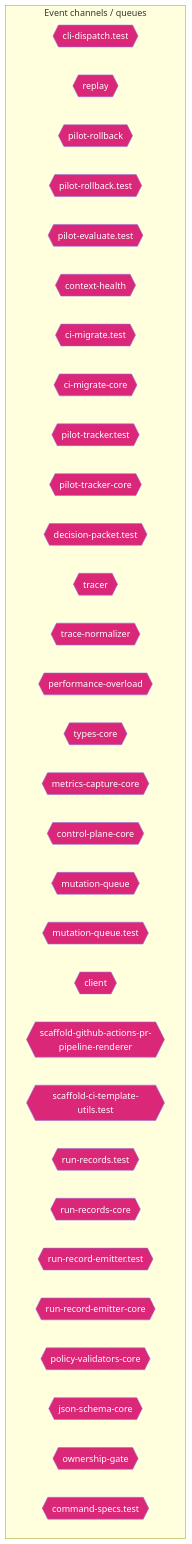
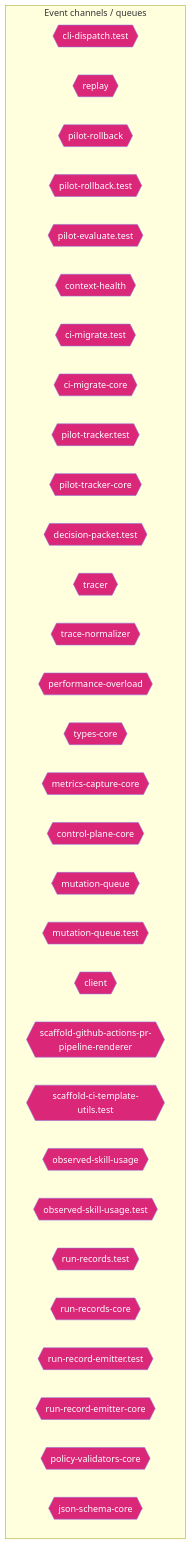
Before and after one commit to jscraik/coding-harness: the ninth of 14 diagrams in AI/context/diagram-context.md, drawn with Mermaid. The commit also changed other lines of this file and 131 other files, not shown here.

First line of the commit message:
docs(harness): track control-plane and JSC-289 plan (#231)

````diff
--- a/AI/context/diagram-context.md
+++ b/AI/context/diagram-context.md
@@ -1529,38 +1550,38 @@
 ```mermaid
 flowchart TD
   subgraph Channels["Event channels / queues"]
     cli_dispatch_test_54c9f17b{{"cli-dispatch.test"}}
     replay_ac203c98{{"replay"}}
     pilot_rollback_00c1f82c{{"pilot-rollback"}}
     pilot_rollback_test_e61d5a2b{{"pilot-rollback.test"}}
     pilot_evaluate_test_a2ac06fc{{"pilot-evaluate.test"}}
     context_health_80bb7da9{{"context-health"}}
     ci_migrate_test_2a015bb9{{"ci-migrate.test"}}
     ci_migrate_core_7005b5af{{"ci-migrate-core"}}
     pilot_tracker_test_80398a66{{"pilot-tracker.test"}}
     pilot_tracker_core_80d8ac96{{"pilot-tracker-core"}}
     decision_packet_test_9ea0e97b{{"decision-packet.test"}}
     tracer_1e6243a2{{"tracer"}}
     trace_normalizer_cb1be1d2{{"trace-normalizer"}}
     performance_overload_c685bfcf{{"performance-overload"}}
     types_core_e405ddca{{"types-core"}}
     metrics_capture_core_db4bf7cf{{"metrics-capture-core"}}
     control_plane_core_db3b4cb2{{"control-plane-core"}}
     mutation_queue_ce5a530e{{"mutation-queue"}}
     mutation_queue_test_10b599e8{{"mutation-queue.test"}}
     client_1_914e1681{{"client"}}
     scaffold_github_actions_pr_pipeline_renderer_1ee18de5{{"scaffold-github-actions-pr-pipeline-renderer"}}
     scaffold_ci_template_utils_test_b94825d9{{"scaffold-ci-template-utils.test"}}
+    observed_skill_usage_ed7d5930{{"observed-skill-usage"}}
+    observed_skill_usage_test_311c215a{{"observed-skill-usage.test"}}
     run_records_test_3ee6a0e3{{"run-records.test"}}
     run_records_core_89286dfa{{"run-records-core"}}
     run_record_emitter_test_5475c0da{{"run-record-emitter.test"}}
     run_record_emitter_core_688049d5{{"run-record-emitter-core"}}
     policy_validators_core_714a3fe7{{"policy-validators-core"}}
     json_schema_core_96d7e328{{"json-schema-core"}}
-    ownership_gate_2e194d13{{"ownership-gate"}}
-    command_specs_test_7f693e85{{"command-specs.test"}}
   end
   classDef eventNode fill:#db2777,color:#fff
-  class cli_dispatch_test_54c9f17b,replay_ac203c98,pilot_rollback_00c1f82c,pilot_rollback_test_e61d5a2b,pilot_evaluate_test_a2ac06fc,context_health_80bb7da9,ci_migrate_test_2a015bb9,ci_migrate_core_7005b5af,pilot_tracker_test_80398a66,pilot_tracker_core_80d8ac96,decision_packet_test_9ea0e97b,tracer_1e6243a2,trace_normalizer_cb1be1d2,performance_overload_c685bfcf,types_core_e405ddca,metrics_capture_core_db4bf7cf,control_plane_core_db3b4cb2,mutation_queue_ce5a530e,mutation_queue_test_10b599e8,client_1_914e1681,scaffold_github_actions_pr_pipeline_renderer_1ee18de5,scaffold_ci_template_utils_test_b94825d9,run_records_test_3ee6a0e3,run_records_core_89286dfa,run_record_emitter_test_5475c0da,run_record_emitter_core_688049d5,policy_validators_core_714a3fe7,json_schema_core_96d7e328,ownership_gate_2e194d13,command_specs_test_7f693e85 eventNode
+  class cli_dispatch_test_54c9f17b,replay_ac203c98,pilot_rollback_00c1f82c,pilot_rollback_test_e61d5a2b,pilot_evaluate_test_a2ac06fc,context_health_80bb7da9,ci_migrate_test_2a015bb9,ci_migrate_core_7005b5af,pilot_tracker_test_80398a66,pilot_tracker_core_80d8ac96,decision_packet_test_9ea0e97b,tracer_1e6243a2,trace_normalizer_cb1be1d2,performance_overload_c685bfcf,types_core_e405ddca,metrics_capture_core_db4bf7cf,control_plane_core_db3b4cb2,mutation_queue_ce5a530e,mutation_queue_test_10b599e8,client_1_914e1681,scaffold_github_actions_pr_pipeline_renderer_1ee18de5,scaffold_ci_template_utils_test_b94825d9,observed_skill_usage_ed7d5930,observed_skill_usage_test_311c215a,run_records_test_3ee6a0e3,run_records_core_89286dfa,run_record_emitter_test_5475c0da,run_record_emitter_core_688049d5,policy_validators_core_714a3fe7,json_schema_core_96d7e328 eventNode
 
 ```
````
